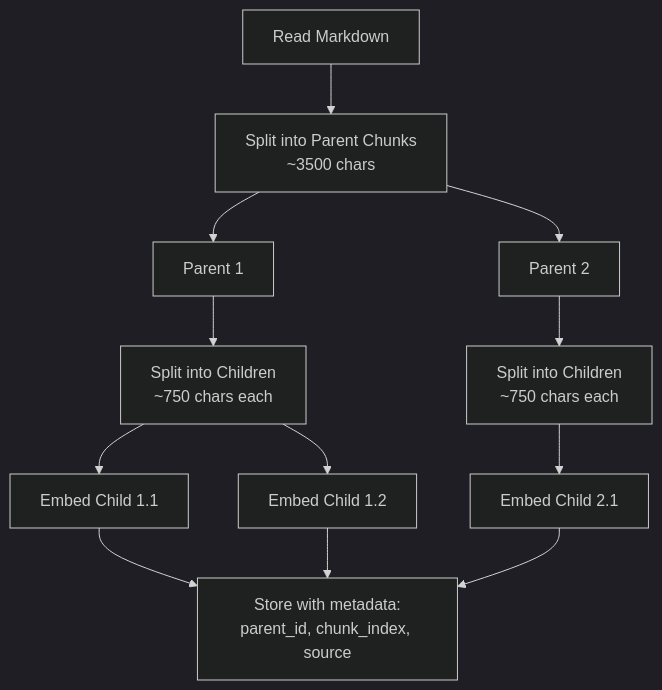
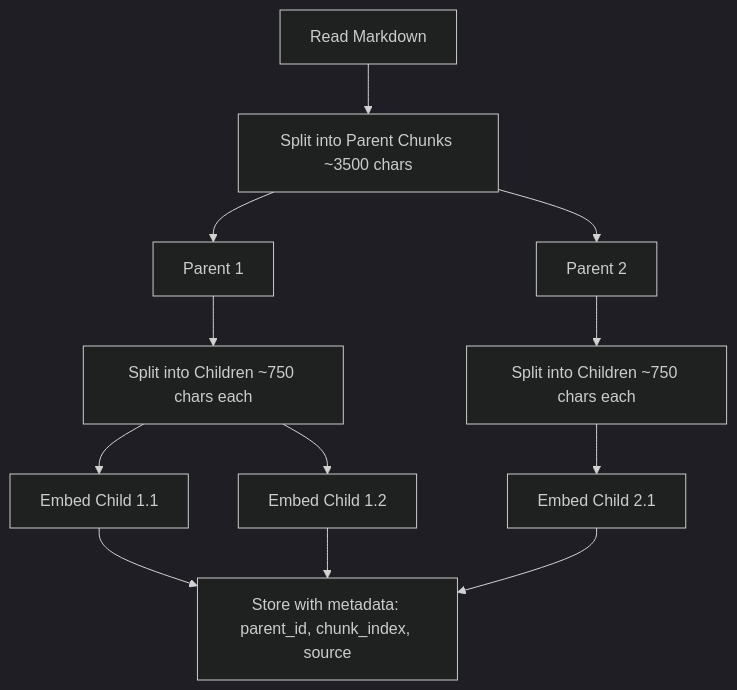
The second of 7 diagrams in wiki/Rust-Components.md (softwarewrighter/rag-demo), drawn with Mermaid (dark theme) before and after one commit. The commit also changed other lines of this file and 7 other files, not shown here.

````diff
--- a/wiki/Rust-Components.md
+++ b/wiki/Rust-Components.md
@@ -154,14 +154,14 @@
 ```mermaid
 flowchart TD
-    A[Read Markdown] --> B[Split into Parent Chunks<br/>~3500 chars]
+    A[Read Markdown] --> B[Split into Parent Chunks ~3500 chars]
     B --> C1[Parent 1]
     B --> C2[Parent 2]
-    C1 --> D1[Split into Children<br/>~750 chars each]
-    C2 --> D2[Split into Children<br/>~750 chars each]
+    C1 --> D1[Split into Children ~750 chars each]
+    C2 --> D2[Split into Children ~750 chars each]
     D1 --> E1[Embed Child 1.1]
     D1 --> E2[Embed Child 1.2]
     D2 --> E3[Embed Child 2.1]
-    E1 --> F[Store with metadata:<br/>parent_id, chunk_index, source]
+    E1 --> F[Store with metadata: parent_id, chunk_index, source]
     E2 --> F
     E3 --> F
 ```
````
